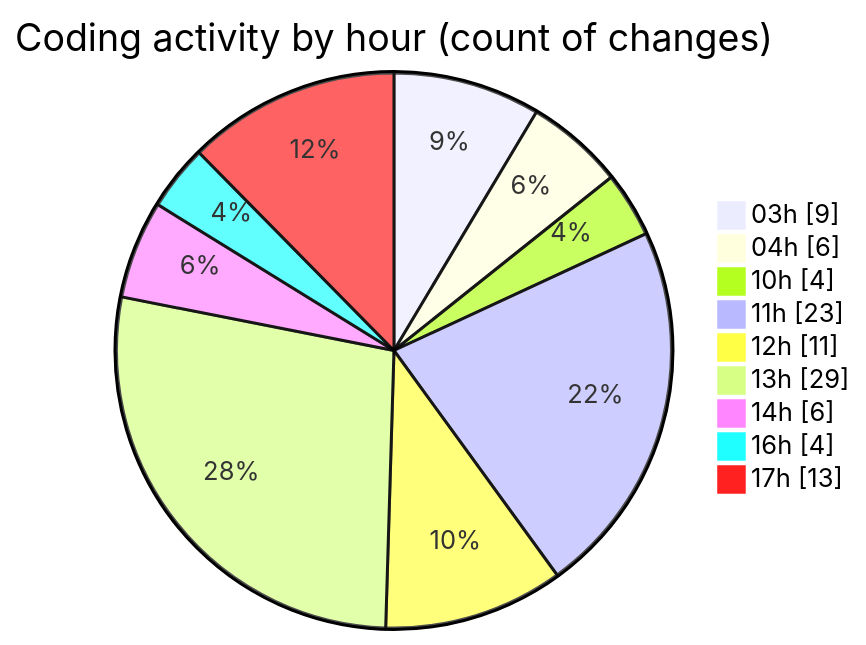
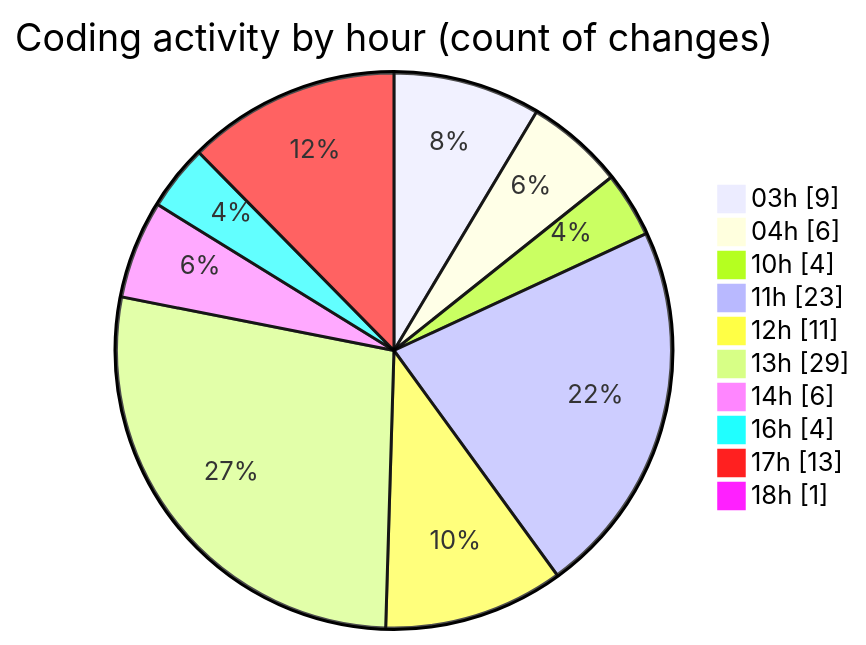
Before and after one commit to julien-gomy/code-tracking: the second of 2 diagrams in 2025-10-30/eventscop-frontend-guide__workspace_/README.md, drawn with Mermaid. The commit also changed other lines of this file and 1 other file, not shown here.

````diff
--- a/2025-10-30/eventscop-frontend-guide__workspace_/README.md
+++ b/2025-10-30/eventscop-frontend-guide__workspace_/README.md
@@ -49,13 +51,14 @@
 ```mermaid
 pie showData
 title Coding activity by hour (count of changes)
 "03h" : 9
 "04h" : 6
 "10h" : 4
 "11h" : 23
 "12h" : 11
 "13h" : 29
 "14h" : 6
 "16h" : 4
 "17h" : 13
+"18h" : 1
 ```
````
